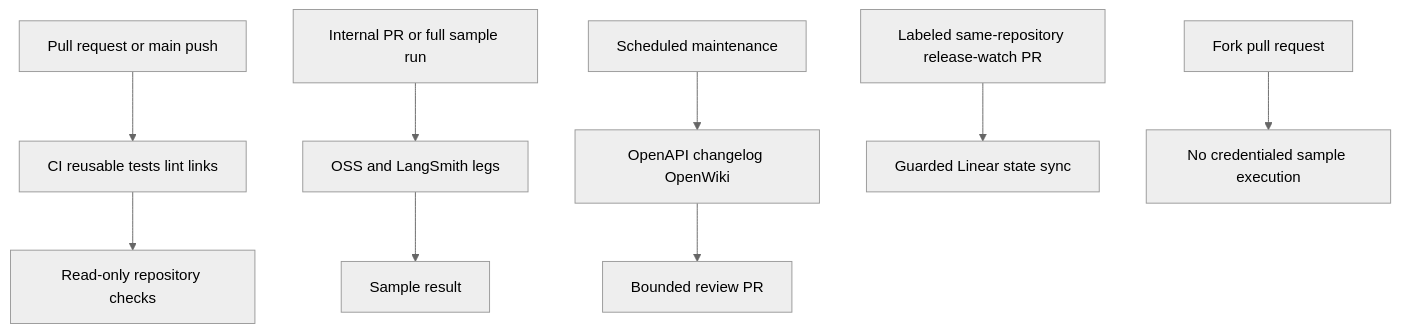
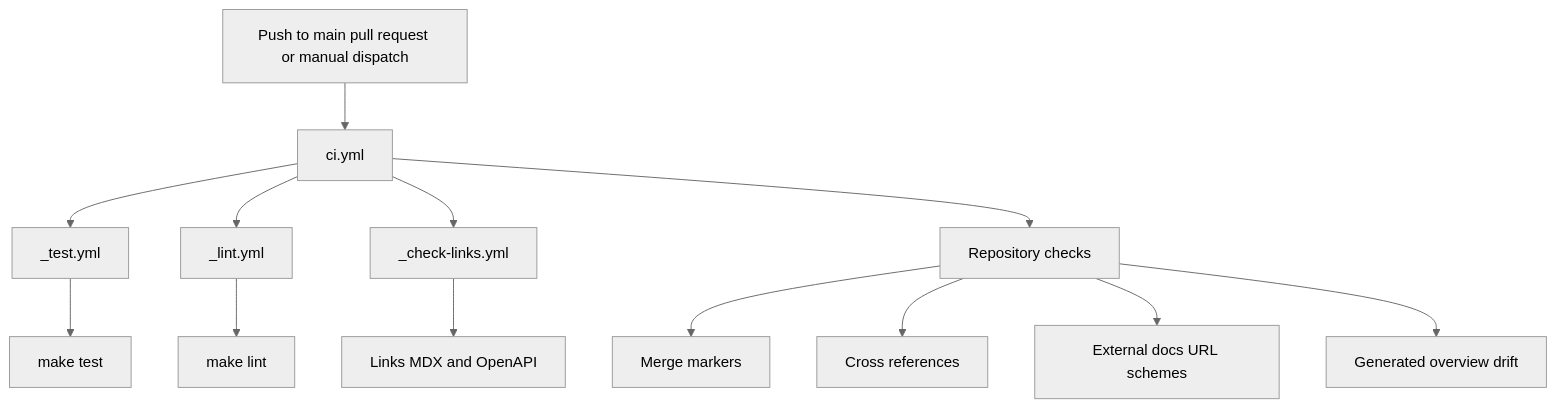
One commit to langchain-ai/docs changed the first of 3 diagrams in openwiki/integrations/github-actions.md. Above: the diagram before and after it, drawn with Mermaid (neutral theme). The commit also changed other lines of this file and 54 other files, not shown here.

Commit message:
docs: update OpenWiki

````diff
--- a/openwiki/integrations/github-actions.md
+++ b/openwiki/integrations/github-actions.md
@@ -43,11 +53,15 @@
 ```mermaid
 flowchart TD
-  Change["Pull request or main push"] --> Core["CI reusable tests lint links"]
-  Core --> Checks["Read-only repository checks"]
-  Samples["Internal PR or full sample run"] --> Matrix["OSS and LangSmith legs"]
-  Matrix --> Result["Sample result"]
-  Schedule["Scheduled maintenance"] --> Writers["OpenAPI changelog OpenWiki"]
-  Writers --> Proposal["Bounded review PR"]
-  Release["Labeled same-repository release-watch PR"] --> Linear["Guarded Linear state sync"]
-  Fork["Fork pull request"] --> Skip["No credentialed sample execution"]
+  Event["Push to main pull request or manual dispatch"] --> CI["ci.yml"]
+  CI --> Test["_test.yml"]
+  CI --> Lint["_lint.yml"]
+  CI --> Docs["_check-links.yml"]
+  CI --> Repo["Repository checks"]
+  Test --> TestResult["make test"]
+  Lint --> LintResult["make lint"]
+  Docs --> DocsResult["Links MDX and OpenAPI"]
+  Repo --> Merge["Merge markers"]
+  Repo --> Cross["Cross references"]
+  Repo --> URLs["External docs URL schemes"]
+  Repo --> Generated["Generated overview drift"]
 ```
````
